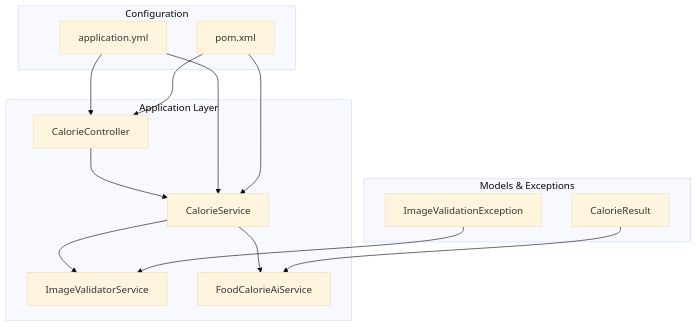
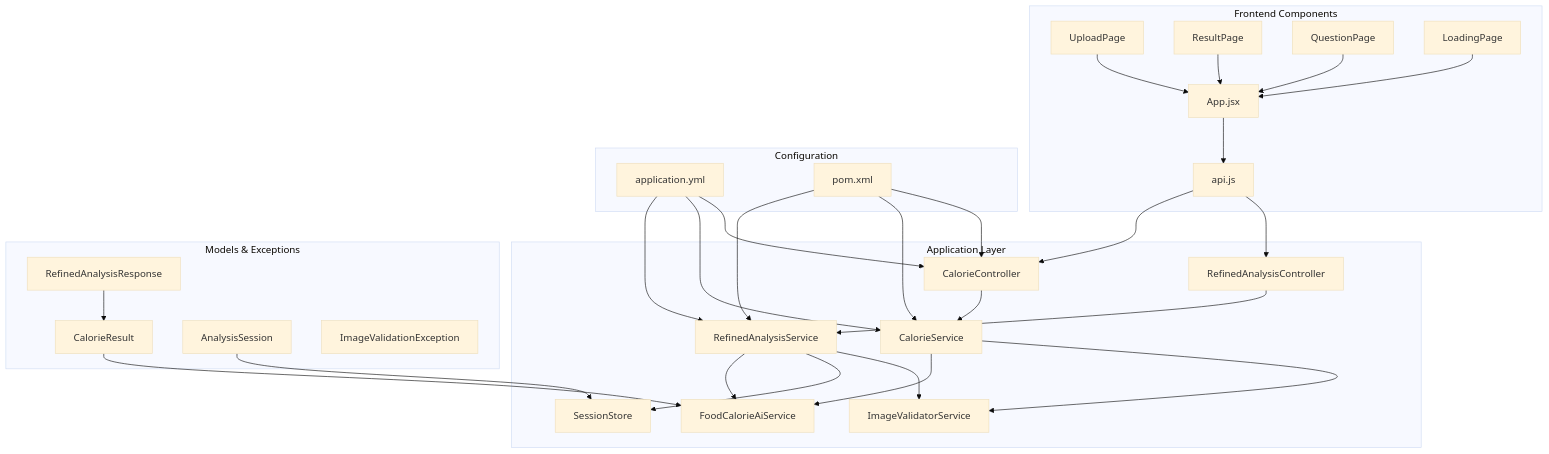
The first of 3 diagrams in .qoder/repowiki/en/content/Testing Strategy.md (Meng-hh/heat_calculate), drawn with Mermaid (base theme) before and after one commit. The commit also changed other lines of this file and 25 other files, not shown here.

````diff
--- a/.qoder/repowiki/en/content/Testing Strategy.md
+++ b/.qoder/repowiki/en/content/Testing Strategy.md
@@ -39,26 +69,53 @@
 ```mermaid
 graph TB
 subgraph "Application Layer"
 Controller["CalorieController"]
+RefinedController["RefinedAnalysisController"]
 Service["CalorieService"]
+RefinedService["RefinedAnalysisService"]
 Validator["ImageValidatorService"]
+Session["SessionStore"]
 AI["FoodCalorieAiService"]
 end
 subgraph "Models & Exceptions"
 Result["CalorieResult"]
+RefinedResp["RefinedAnalysisResponse"]
+SessionModel["AnalysisSession"]
 Ex["ImageValidationException"]
+end
+subgraph "Frontend Components"
+App["App.jsx"]
+Upload["UploadPage"]
+ResultComp["ResultPage"]
+Question["QuestionPage"]
+Loading["LoadingPage"]
+Api["api.js"]
 end
 subgraph "Configuration"
 Config["application.yml"]
 POM["pom.xml"]
 end
 Controller --> Service
+RefinedController --> RefinedService
 Service --> Validator
 Service --> AI
+RefinedService --> Validator
+RefinedService --> Session
+RefinedService --> AI
 Result --> AI
-Ex --> Validator
+RefinedResp --> Result
+SessionModel --> Session
+App --> Api
+Upload --> App
+ResultComp --> App
+Question --> App
+Loading --> App
+Api --> RefinedController
+Api --> Controller
 Config --> Controller
 Config --> Service
+Config --> RefinedService
 POM --> Controller
 POM --> Service
+POM --> RefinedService
 ```
````
